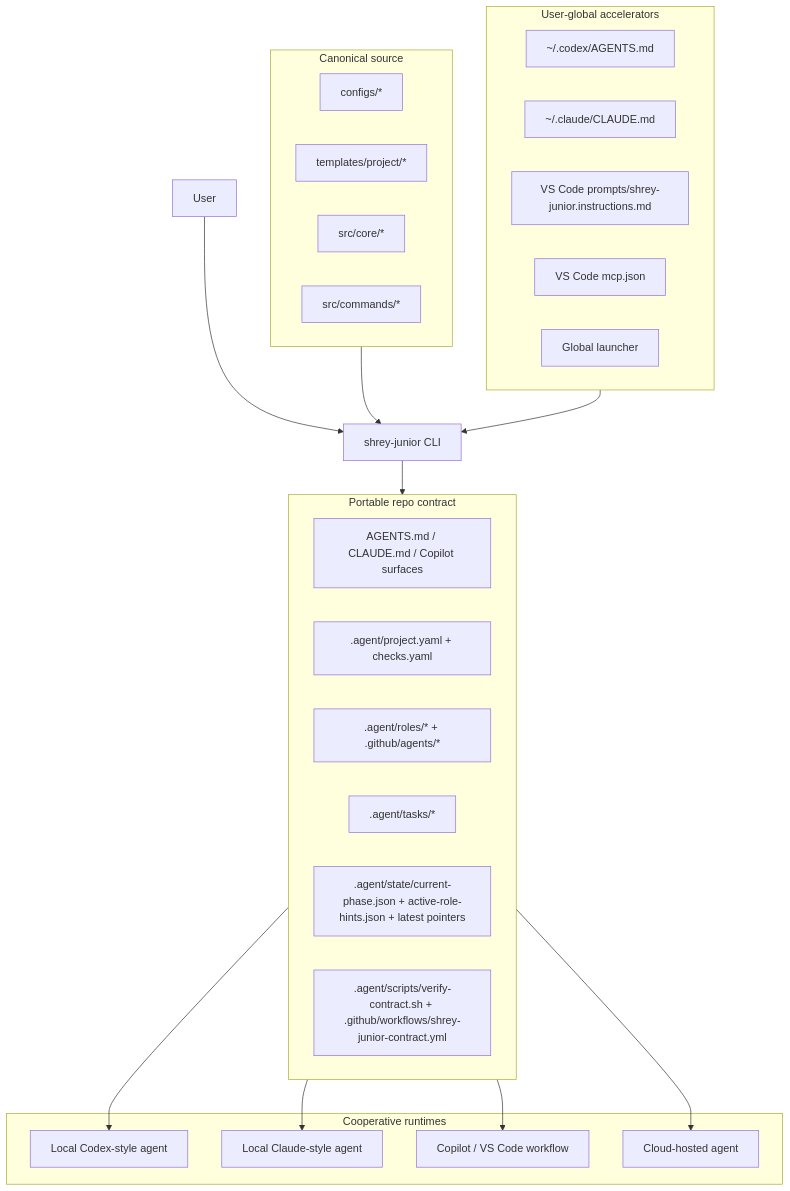
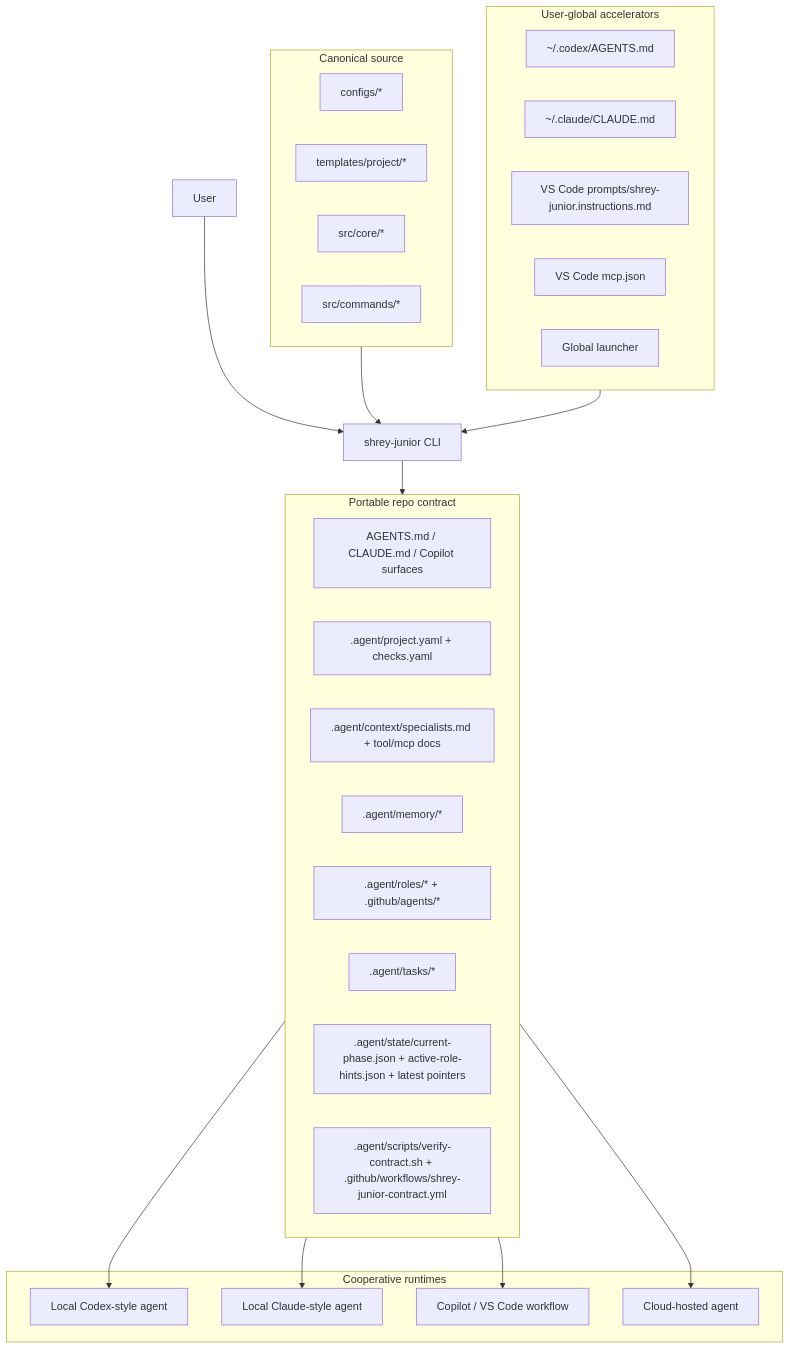
One commit to sonishrey9/kiwi_control changed the first of 8 diagrams in docs/technical-architecture.md. Above: the diagram before and after it, drawn with Mermaid. The commit also changed other lines of this file and 52 other files, not shown here.

````diff
--- a/docs/technical-architecture.md
+++ b/docs/technical-architecture.md
@@ -84,43 +89,45 @@
 ```mermaid
 flowchart TB
     U["User"] --> CLI["shrey-junior CLI"]
 
     subgraph Global["User-global accelerators"]
         G1["~/.codex/AGENTS.md"]
         G2["~/.claude/CLAUDE.md"]
         G3["VS Code prompts/shrey-junior.instructions.md"]
         G4["VS Code mcp.json"]
         G5["Global launcher"]
     end
 
     subgraph Canonical["Canonical source"]
         C1["configs/*"]
         C2["templates/project/*"]
         C3["src/core/*"]
         C4["src/commands/*"]
     end
 
     subgraph Repo["Portable repo contract"]
         R1["AGENTS.md / CLAUDE.md / Copilot surfaces"]
         R2[".agent/project.yaml + checks.yaml"]
-        R3[".agent/roles/* + .github/agents/*"]
-        R4[".agent/tasks/*"]
-        R5[".agent/state/current-phase.json + active-role-hints.json + latest pointers"]
-        R6[".agent/scripts/verify-contract.sh + .github/workflows/shrey-junior-contract.yml"]
+        R3[".agent/context/specialists.md + tool/mcp docs"]
+        R4[".agent/memory/*"]
+        R5[".agent/roles/* + .github/agents/*"]
+        R6[".agent/tasks/*"]
+        R7[".agent/state/current-phase.json + active-role-hints.json + latest pointers"]
+        R8[".agent/scripts/verify-contract.sh + .github/workflows/shrey-junior-contract.yml"]
     end
 
     subgraph Tools["Cooperative runtimes"]
         T1["Local Codex-style agent"]
         T2["Local Claude-style agent"]
         T3["Copilot / VS Code workflow"]
         T4["Cloud-hosted agent"]
     end
 
     Canonical --> CLI
     Global --> CLI
     CLI --> Repo
     Repo --> T1
     Repo --> T2
     Repo --> T3
     Repo --> T4
 ```
````
